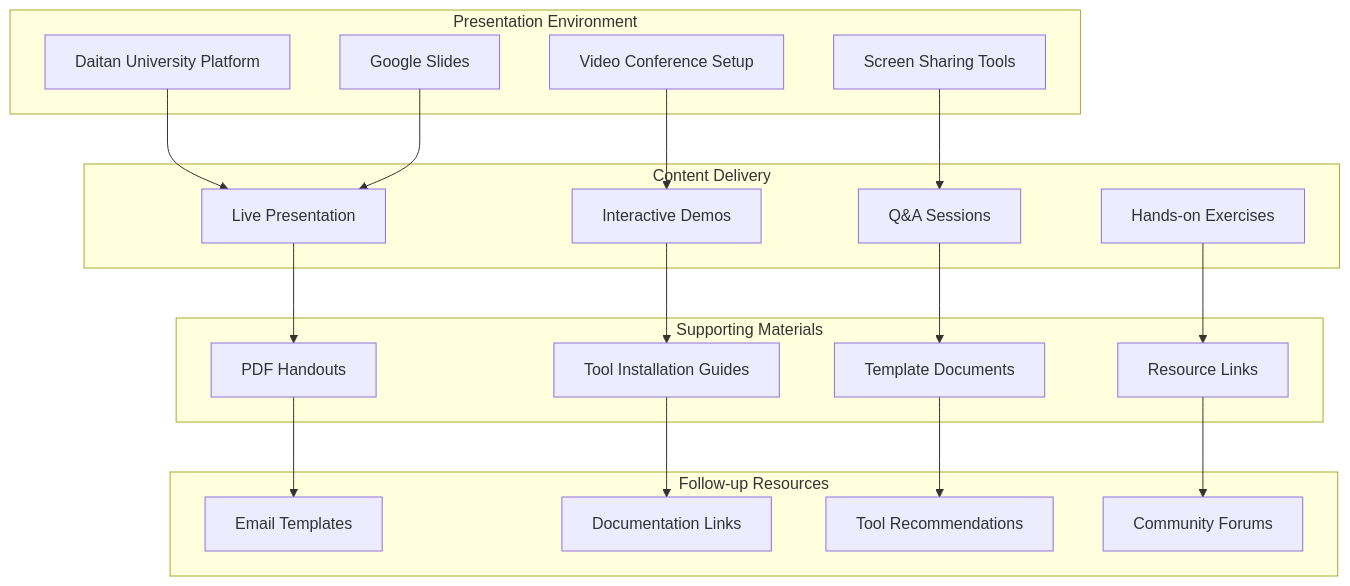
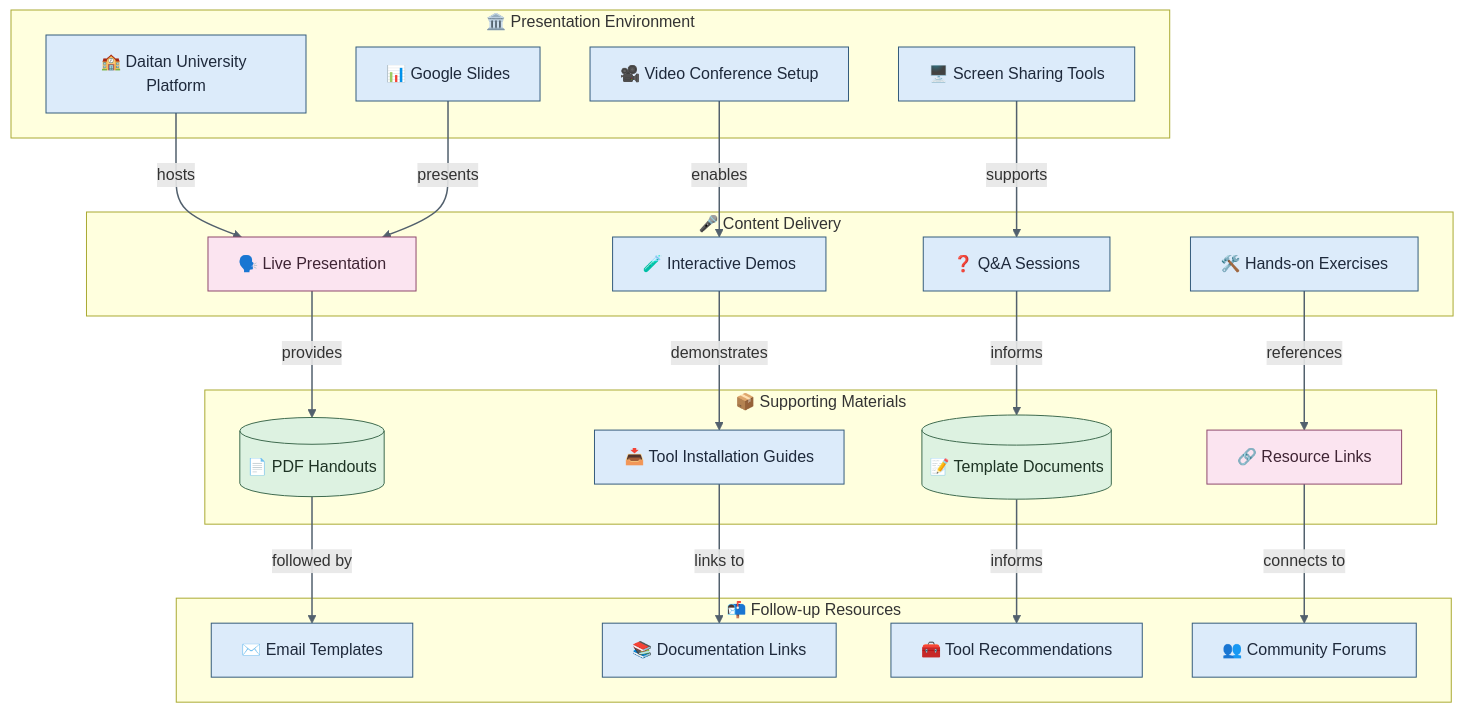
Before and after one commit to enogrob/presentation-organize-and-share-information: the sixth of 7 diagrams in README.md, drawn with Mermaid. The commit also changed other lines of this file and 2 other files, not shown here.

````diff
--- a/README.md
+++ b/README.md
@@ -316,45 +369,53 @@
 ```mermaid
-graph TB
-    subgraph "Presentation Environment"
-        A[Daitan University Platform]
-        B[Google Slides]
-        C[Video Conference Setup]
-        D[Screen Sharing Tools]
-    end
-    
-    subgraph "Content Delivery"
-        E[Live Presentation]
-        F[Interactive Demos]
-        G[Q&A Sessions]
-        H[Hands-on Exercises]
-    end
-    
-    subgraph "Supporting Materials"
-        I[PDF Handouts]
-        J[Tool Installation Guides]
-        K[Template Documents]
-        L[Resource Links]
-    end
-    
-    subgraph "Follow-up Resources"
-        M[Email Templates]
-        N[Documentation Links]
-        O[Tool Recommendations]
-        P[Community Forums]
-    end
-    
-    A --> E
-    B --> E
-    C --> F
-    D --> G
-    
-    E --> I
-    F --> J
-    G --> K
-    H --> L
-    
-    I --> M
-    J --> N
-    K --> O
-    L --> P
+flowchart TB
+  subgraph "🏛️ Presentation Environment"
+    A[🏫 Daitan University Platform]
+    B[📊 Google Slides]
+    C[🎥 Video Conference Setup]
+    D[🖥️ Screen Sharing Tools]
+  end
+
+  subgraph "🎤 Content Delivery"
+    E[🗣️ Live Presentation]
+    F[🧪 Interactive Demos]
+    G[❓ Q&A Sessions]
+    H[🛠️ Hands-on Exercises]
+  end
+
+  subgraph "📦 Supporting Materials"
+    I[(📄 PDF Handouts)]
+    J[📥 Tool Installation Guides]
+    K[(📝 Template Documents)]
+    L[🔗 Resource Links]
+  end
+
+  subgraph "📬 Follow-up Resources"
+    M[✉️ Email Templates]
+    N[📚 Documentation Links]
+    O[🧰 Tool Recommendations]
+    P[👥 Community Forums]
+  end
+
+  A -->|hosts| E
+  B -->|presents| E
+  C -->|enables| F
+  D -->|supports| G
+
+  E -->|provides| I
+  F -->|demonstrates| J
+  G -->|informs| K
+  H -->|references| L
+
+  I -->|followed by| M
+  J -->|links to| N
+  K -->|informs| O
+  L -->|connects to| P
+
+  classDef process fill:#DCEBFA,stroke:#355C7D,color:#1E293B
+  classDef data fill:#DDF2E1,stroke:#3F6B4F,color:#1E3324
+  classDef integration fill:#FBE4F0,stroke:#8E496D,color:#3F2434
+  class A,B,C,D,F,G,H,J,M,N,O,P process
+  class I,K data
+  class E,L integration
+  linkStyle default stroke:#52606D,stroke-width:1.5px
 ```
````
